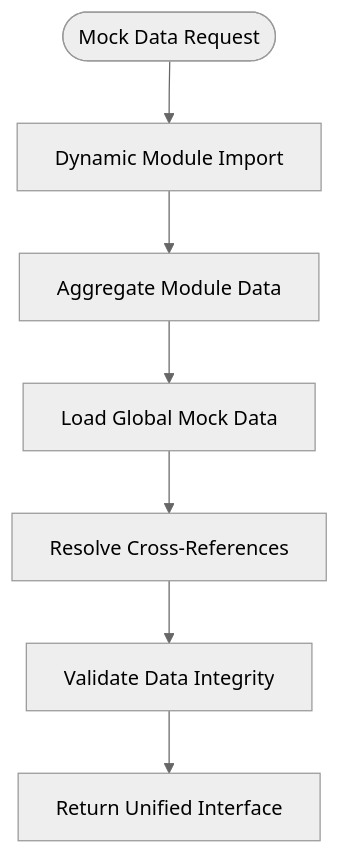
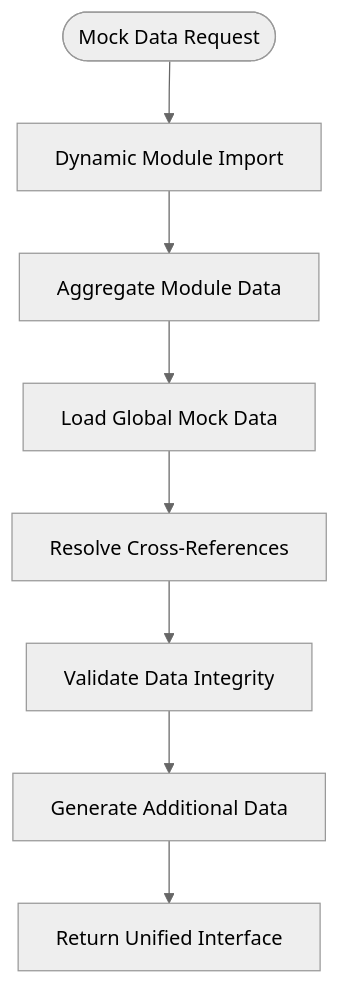
Before and after one commit to geniusdynamics/schoolpilot: the third of 5 diagrams in .qoder/repowiki/en/content/Mock Data Dev Guide.md, drawn with Mermaid (neutral theme). The commit also changed other lines of this file and 16 other files, not shown here.

````diff
--- a/.qoder/repowiki/en/content/Mock Data Dev Guide.md
+++ b/.qoder/repowiki/en/content/Mock Data Dev Guide.md
@@ -120,9 +155,10 @@
 ```mermaid
 flowchart TD
 Start(["Mock Data Request"]) --> Dynamic["Dynamic Module Import"]
 Dynamic --> Aggregate["Aggregate Module Data"]
 Aggregate --> Global["Load Global Mock Data"]
 Global --> Resolve["Resolve Cross-References"]
 Resolve --> Validate["Validate Data Integrity"]
-Validate --> Return["Return Unified Interface"]
+Validate --> Generate["Generate Additional Data"]
+Generate --> Return["Return Unified Interface"]
 ```
````
